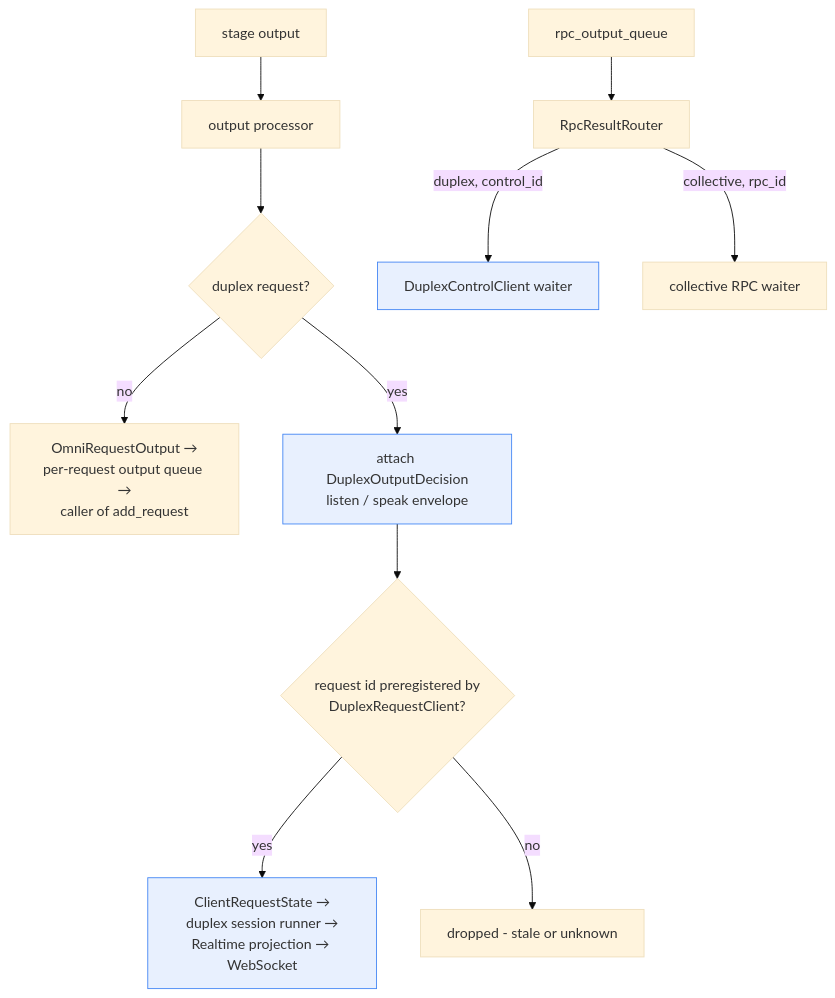
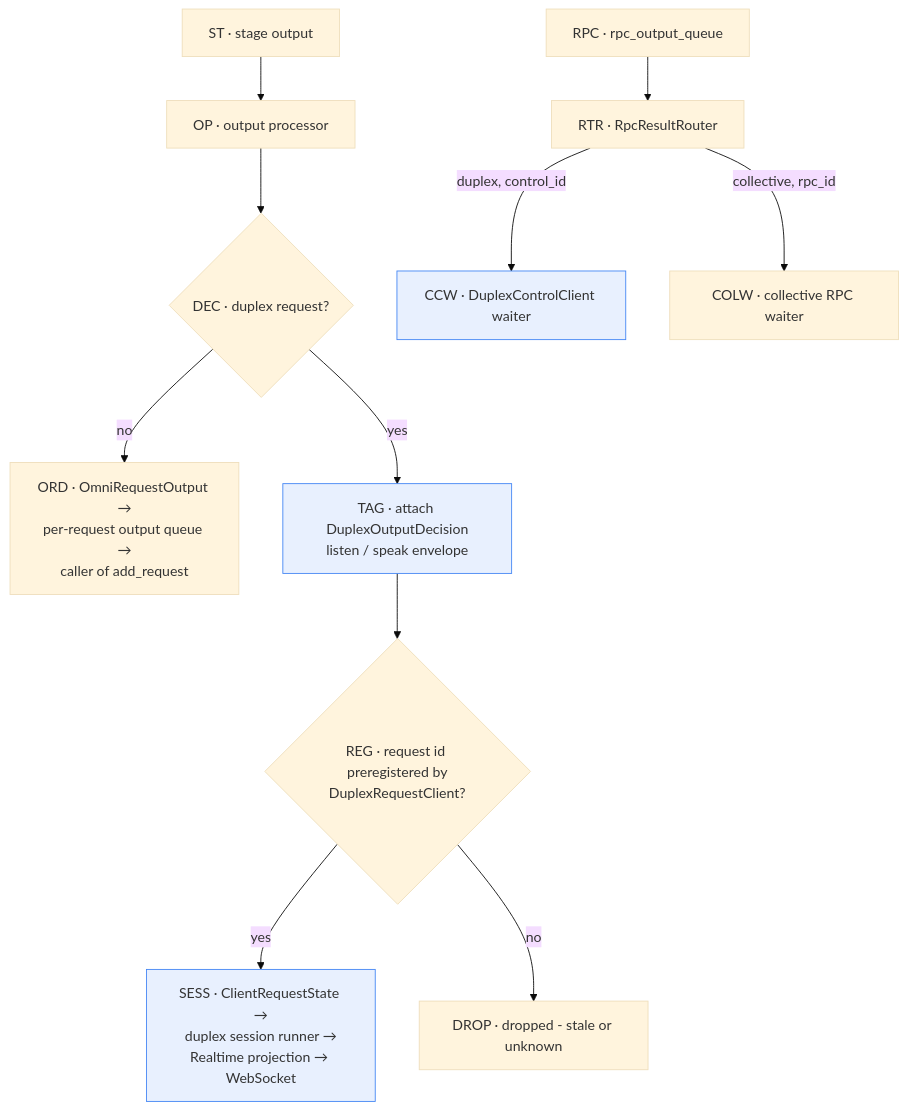
Before and after one commit to chickeyton/vllm-omni: the fifth of 5 diagrams in FULLDUPLEX_MIGRATION_DESIGN.md, drawn with Mermaid (base theme). The commit also changed other lines of this file and 8 other files, not shown here.

````diff
--- a/FULLDUPLEX_MIGRATION_DESIGN.md
+++ b/FULLDUPLEX_MIGRATION_DESIGN.md
@@ -375,18 +450,18 @@
 ```mermaid
 flowchart TD
-    ST[stage output] --> OP[output processor]
-    OP --> DEC{duplex request?}
-    DEC -->|no| ORD[OmniRequestOutput →<br/>per-request output queue →<br/>caller of add_request]
-    DEC -->|yes| TAG[attach DuplexOutputDecision<br/>listen / speak envelope]
-    TAG --> REG{request id preregistered by<br/>DuplexRequestClient?}
-    REG -->|yes| SESS[ClientRequestState →<br/>duplex session runner →<br/>Realtime projection → WebSocket]
-    REG -->|no| DROP[dropped - stale or unknown]
+    ST[ST · stage output] --> OP[OP · output processor]
+    OP --> DEC{DEC · duplex request?}
+    DEC -->|no| ORD[ORD · OmniRequestOutput →<br/>per-request output queue →<br/>caller of add_request]
+    DEC -->|yes| TAG[TAG · attach DuplexOutputDecision<br/>listen / speak envelope]
+    TAG --> REG{REG · request id preregistered by<br/>DuplexRequestClient?}
+    REG -->|yes| SESS[SESS · ClientRequestState →<br/>duplex session runner →<br/>Realtime projection → WebSocket]
+    REG -->|no| DROP[DROP · dropped - stale or unknown]
 
-    RPC[rpc_output_queue] --> RTR[RpcResultRouter]
-    RTR -->|duplex, control_id| CCW[DuplexControlClient waiter]
-    RTR -->|collective, rpc_id| COLW[collective RPC waiter]
+    RPC[RPC · rpc_output_queue] --> RTR[RTR · RpcResultRouter]
+    RTR -->|duplex, control_id| CCW[CCW · DuplexControlClient waiter]
+    RTR -->|collective, rpc_id| COLW[COLW · collective RPC waiter]
 
     style TAG fill:#e8f0fe,stroke:#4285f4
     style SESS fill:#e8f0fe,stroke:#4285f4
     style CCW fill:#e8f0fe,stroke:#4285f4
 ```
````
